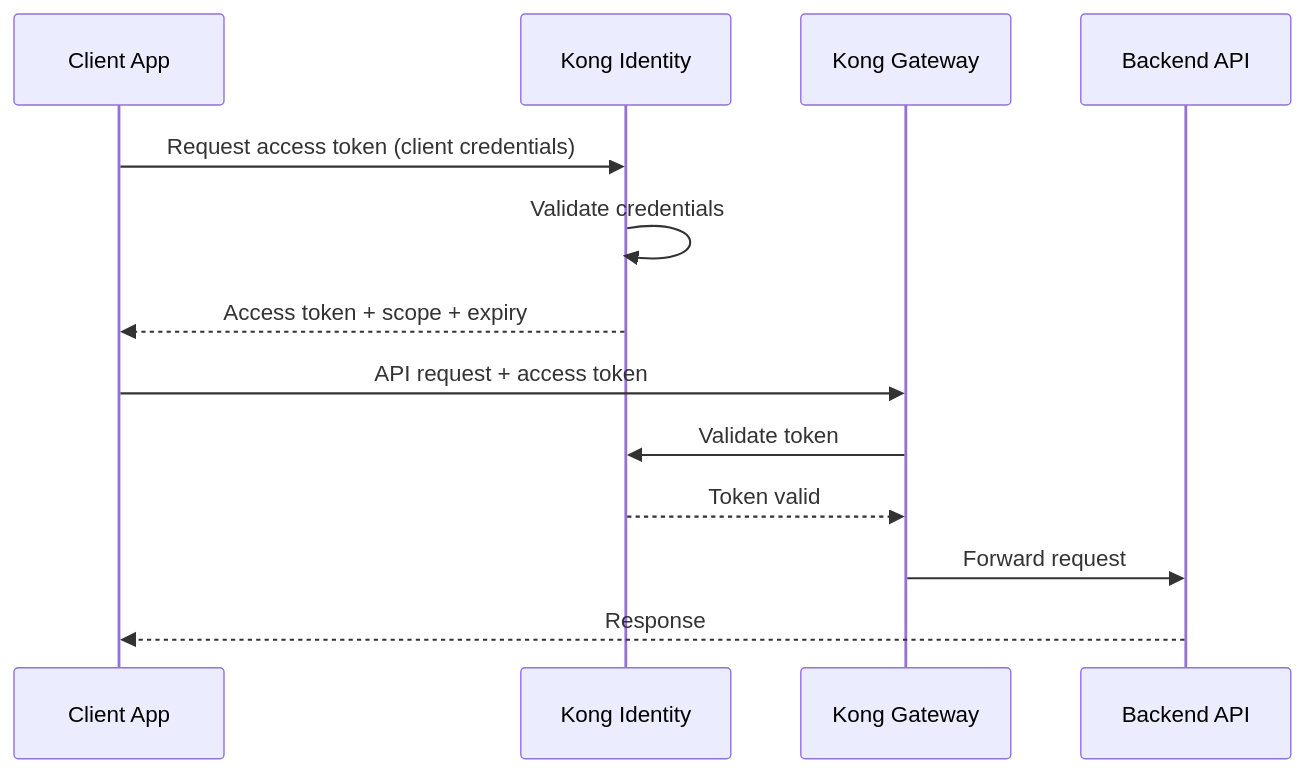
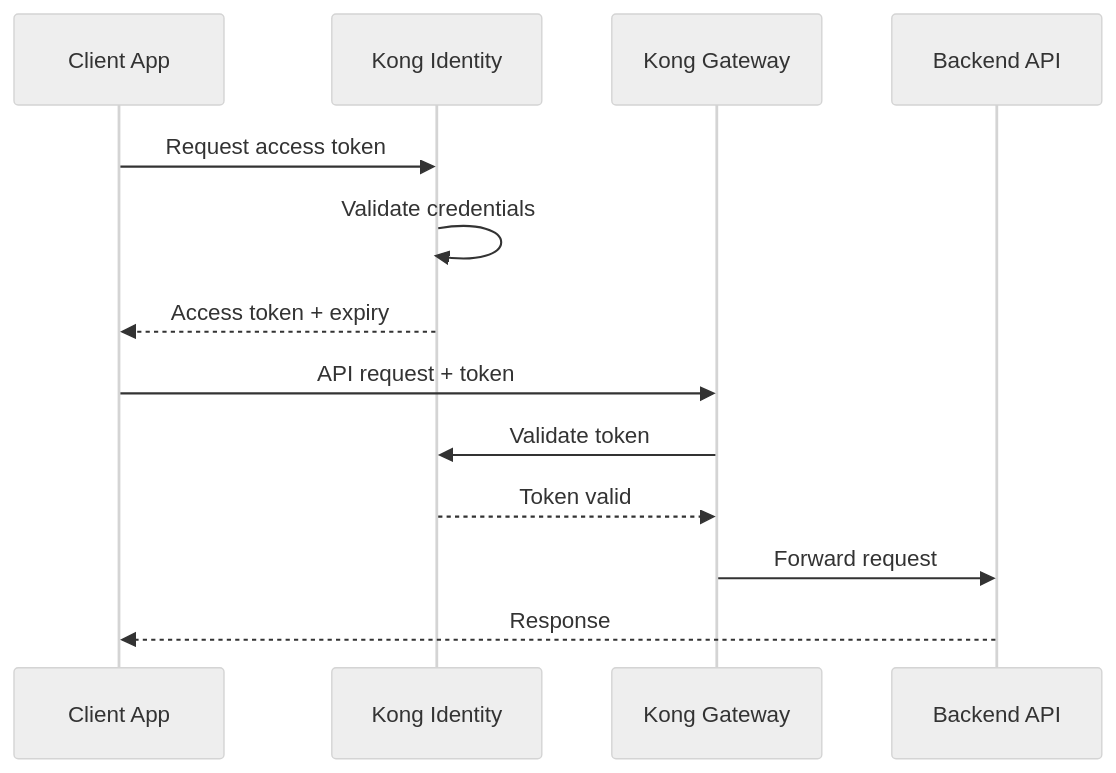
One commit to shanaka-versent/EKS-Kong-GatewayAPI-Demo changed diagram 12 of 12 in README.md. Above: the diagram before and after it, drawn with Mermaid. The commit also changed other lines of this file, not shown here.

First line of the commit message:
Update all Mermaid diagrams: grayscale theme, horizontal alignment, clean labels

````diff
--- a/README.md
+++ b/README.md
@@ -854,16 +869,17 @@
 ```mermaid
+%%{init: {'theme': 'neutral'}}%%
 sequenceDiagram
     participant Client as Client App
     participant Identity as Kong Identity
     participant Gateway as Kong Gateway
     participant API as Backend API
 
-    Client->>Identity: Request access token (client credentials)
+    Client->>Identity: Request access token
     Identity->>Identity: Validate credentials
-    Identity-->>Client: Access token + scope + expiry
-    Client->>Gateway: API request + access token
+    Identity-->>Client: Access token + expiry
+    Client->>Gateway: API request + token
     Gateway->>Identity: Validate token
     Identity-->>Gateway: Token valid
     Gateway->>API: Forward request
     API-->>Client: Response
 ```
````
